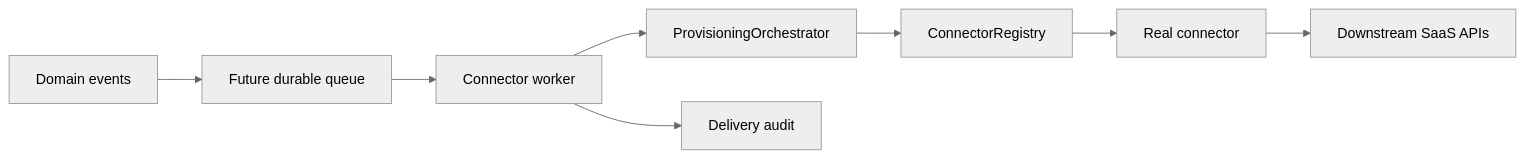
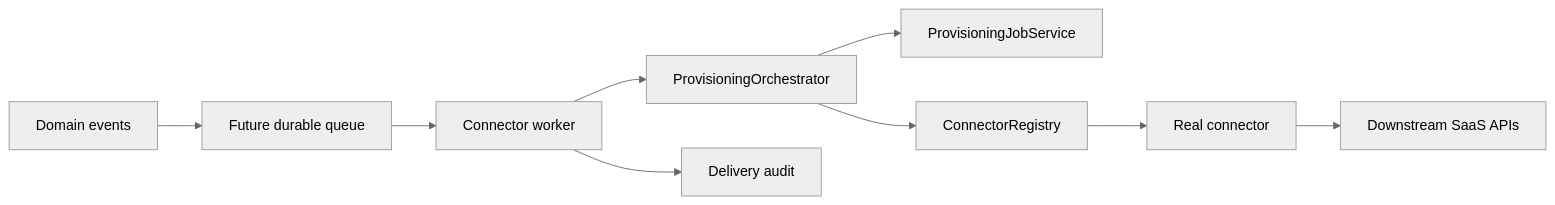
The eighth of 9 diagrams in docs/architecture.md (happelj/accessiq), drawn with Mermaid (neutral theme) before and after one commit. The commit also changed other lines of this file and 14 other files, not shown here.

Commit message:
Add provisioning job engine

````diff
--- a/docs/architecture.md
+++ b/docs/architecture.md
@@ -230,10 +266,11 @@
 ```mermaid
 flowchart LR
     Events["Domain events"] --> Queue["Future durable queue"]
     Queue --> Worker["Connector worker"]
     Worker --> Orchestrator["ProvisioningOrchestrator"]
+    Orchestrator --> Jobs["ProvisioningJobService"]
     Orchestrator --> Registry["ConnectorRegistry"]
     Registry --> Connector["Real connector"]
     Connector --> SaaS["Downstream SaaS APIs"]
     Worker --> Audit["Delivery audit"]
 ```
````
